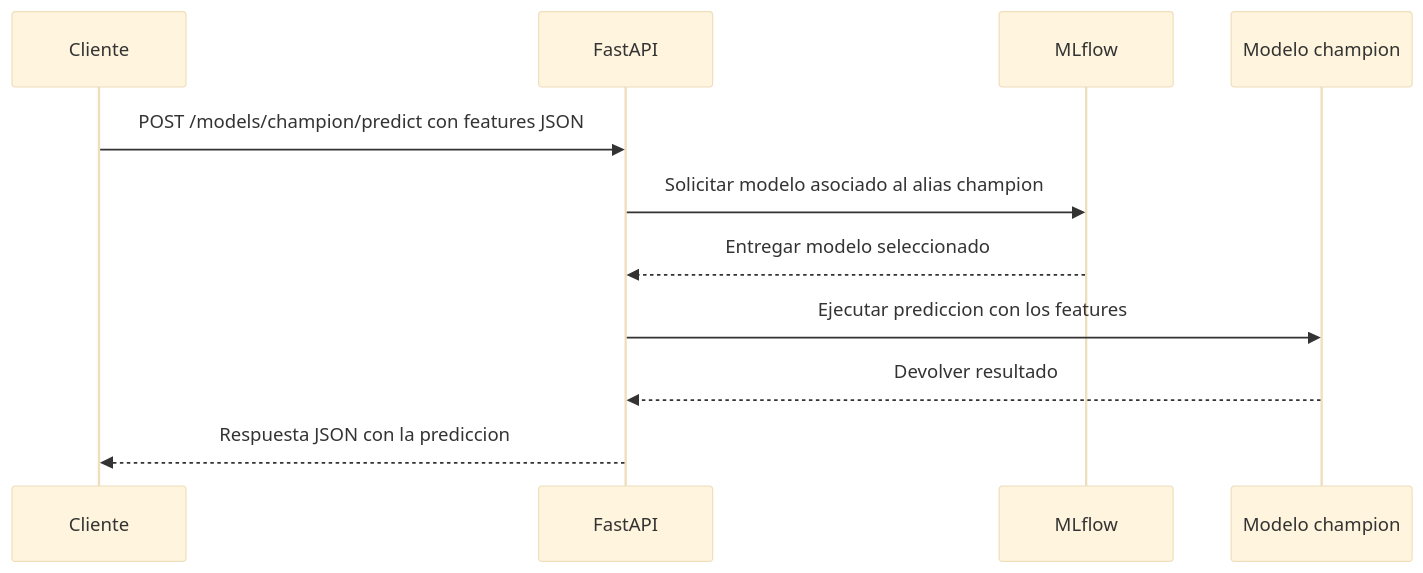
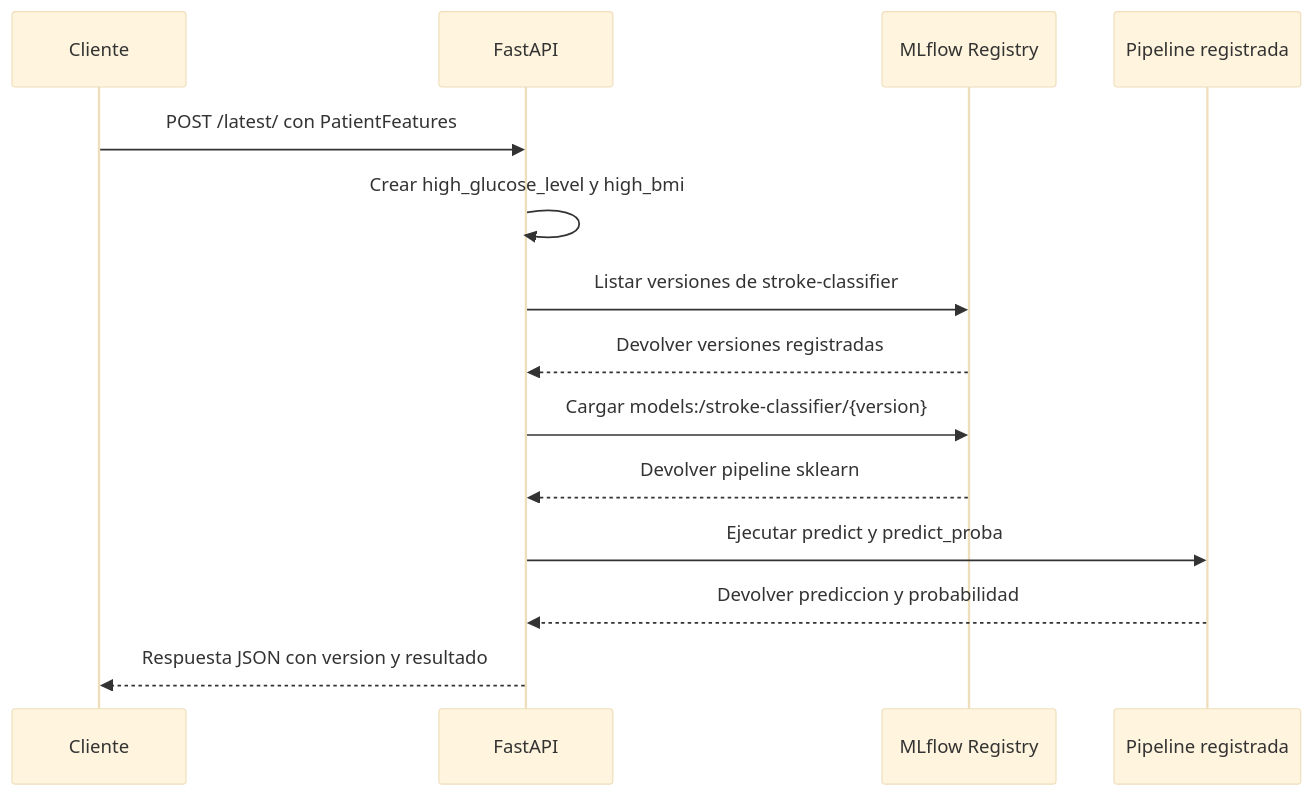
One commit to CimimUxMaio/ceia-tp-mlops changed the fifth of 5 diagrams in DOC.md. Above: the diagram before and after it, drawn with Mermaid (base theme). The commit also changed other lines of this file and 3 other files, not shown here.

````diff
--- a/DOC.md
+++ b/DOC.md
@@ -279,14 +392,17 @@
 ```mermaid
 sequenceDiagram
     participant C as Cliente
     participant F as FastAPI
-    participant M as MLflow
-    participant A as Modelo champion
+    participant R as MLflow Registry
+    participant M as Pipeline registrada
 
-    C->>F: POST /models/champion/predict con features JSON
-    F->>M: Solicitar modelo asociado al alias champion
-    M-->>F: Entregar modelo seleccionado
-    F->>A: Ejecutar prediccion con los features
-    A-->>F: Devolver resultado
-    F-->>C: Respuesta JSON con la prediccion
+    C->>F: POST /latest/ con PatientFeatures
+    F->>F: Crear high_glucose_level y high_bmi
+    F->>R: Listar versiones de stroke-classifier
+    R-->>F: Devolver versiones registradas
+    F->>R: Cargar models:/stroke-classifier/{version}
+    R-->>F: Devolver pipeline sklearn
+    F->>M: Ejecutar predict y predict_proba
+    M-->>F: Devolver prediccion y probabilidad
+    F-->>C: Respuesta JSON con version y resultado
 ```
````
